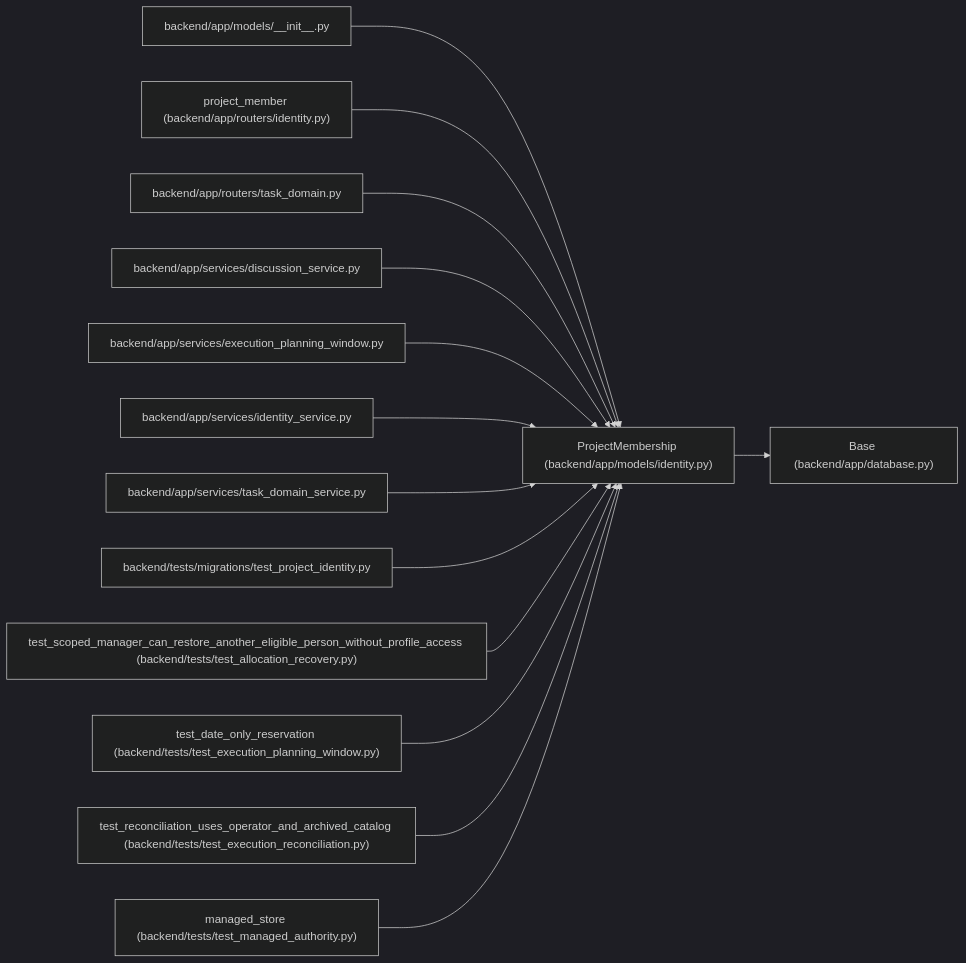
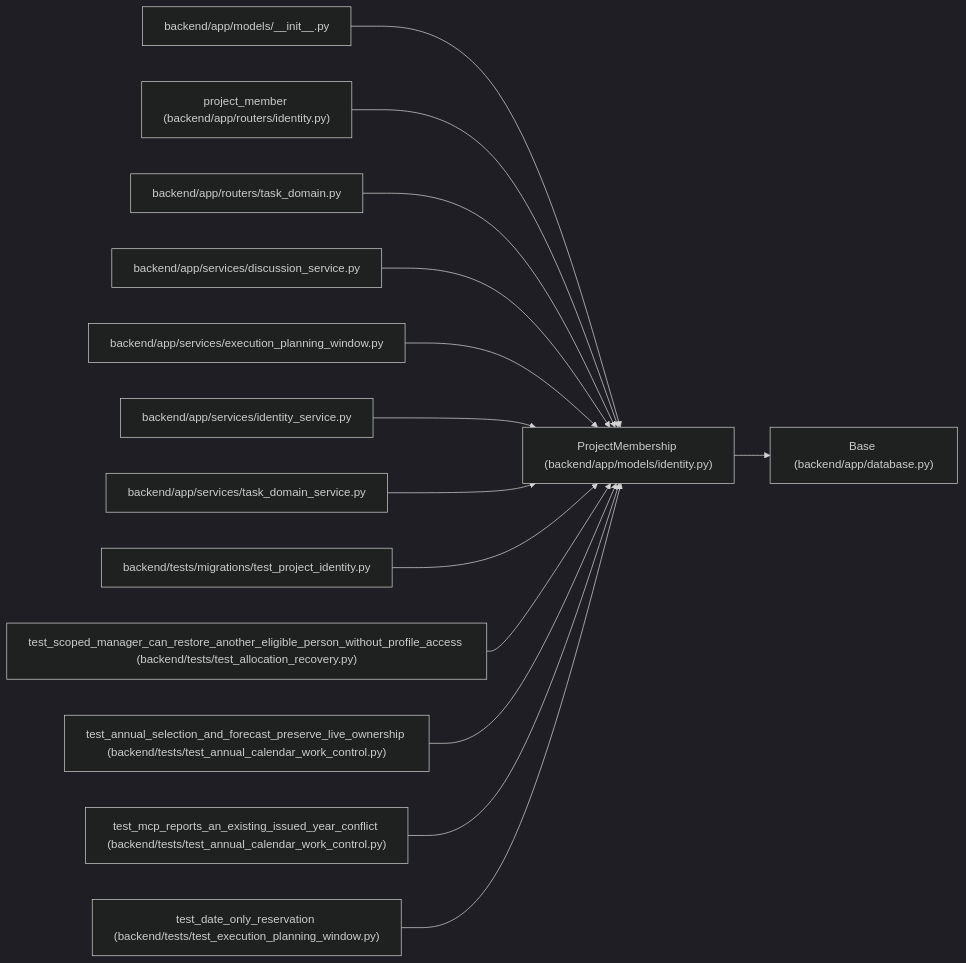
Before and after one commit to Denissvgn/WorkChord: the diagram in docs/llm_wiki/entities/ProjectMembership.md, drawn with Mermaid (dark theme). The commit also changed other lines of this file and 920 other files, not shown here.

Commit message:
Document explicit annual calendars and forecast ownership

````diff
--- a/docs/llm_wiki/entities/ProjectMembership.md
+++ b/docs/llm_wiki/entities/ProjectMembership.md
@@ -28,44 +28,44 @@
 ```mermaid
 flowchart LR
     n0["ProjectMembership (backend/app/models/identity.py)"]
     n1["Base (backend/app/database.py)"]
     n2["backend/app/models/__init__.py"]
     n3["project_member (backend/app/routers/identity.py)"]
     n4["backend/app/routers/task_domain.py"]
     n5["backend/app/services/discussion_service.py"]
     n6["backend/app/services/execution_planning_window.py"]
     n7["backend/app/services/identity_service.py"]
     n8["backend/app/services/task_domain_service.py"]
     n9["backend/tests/migrations/test_project_identity.py"]
     n10["test_scoped_manager_can_restore_another_eligible_person_without_profile_access (backend/tests/test_allocation_recovery.py)"]
-    n11["test_date_only_reservation (backend/tests/test_execution_planning_window.py)"]
-    n12["test_reconciliation_uses_operator_and_archived_catalog (backend/tests/test_execution_reconciliation.py)"]
-    n13["managed_store (backend/tests/test_managed_authority.py)"]
+    n11["test_annual_selection_and_forecast_preserve_live_ownership (backend/tests/test_annual_calendar_work_control.py)"]
+    n12["test_mcp_reports_an_existing_issued_year_conflict (backend/tests/test_annual_calendar_work_control.py)"]
+    n13["test_date_only_reservation (backend/tests/test_execution_planning_window.py)"]
     n0 --> n1
     n2 --> n0
     n3 --> n0
     n4 --> n0
     n5 --> n0
     n6 --> n0
     n7 --> n0
     n8 --> n0
     n9 --> n0
     n10 --> n0
     n11 --> n0
     n12 --> n0
     n13 --> n0
     click n0 "../modules/models_identity.md"
     click n1 "../modules/app_database.md"
     click n2 "../modules/models___init__.md"
     click n3 "../modules/routers_identity.md"
     click n4 "../modules/routers_task_domain.md"
     click n5 "../modules/discussion_service.md"
     click n6 "../modules/execution_planning_window.md"
     click n7 "../modules/identity_service.md"
     click n8 "../modules/task_domain_service.md"
     click n9 "../modules/test_project_identity.md"
     click n10 "../modules/test_allocation_recovery.md"
-    click n11 "../modules/test_execution_planning_window.md"
-    click n12 "../modules/test_execution_reconciliation.md"
-    click n13 "../modules/test_managed_authority.md"
+    click n11 "../modules/test_annual_calendar_work_control.md"
+    click n12 "../modules/test_annual_calendar_work_control.md"
+    click n13 "../modules/test_execution_planning_window.md"
 ```
````
